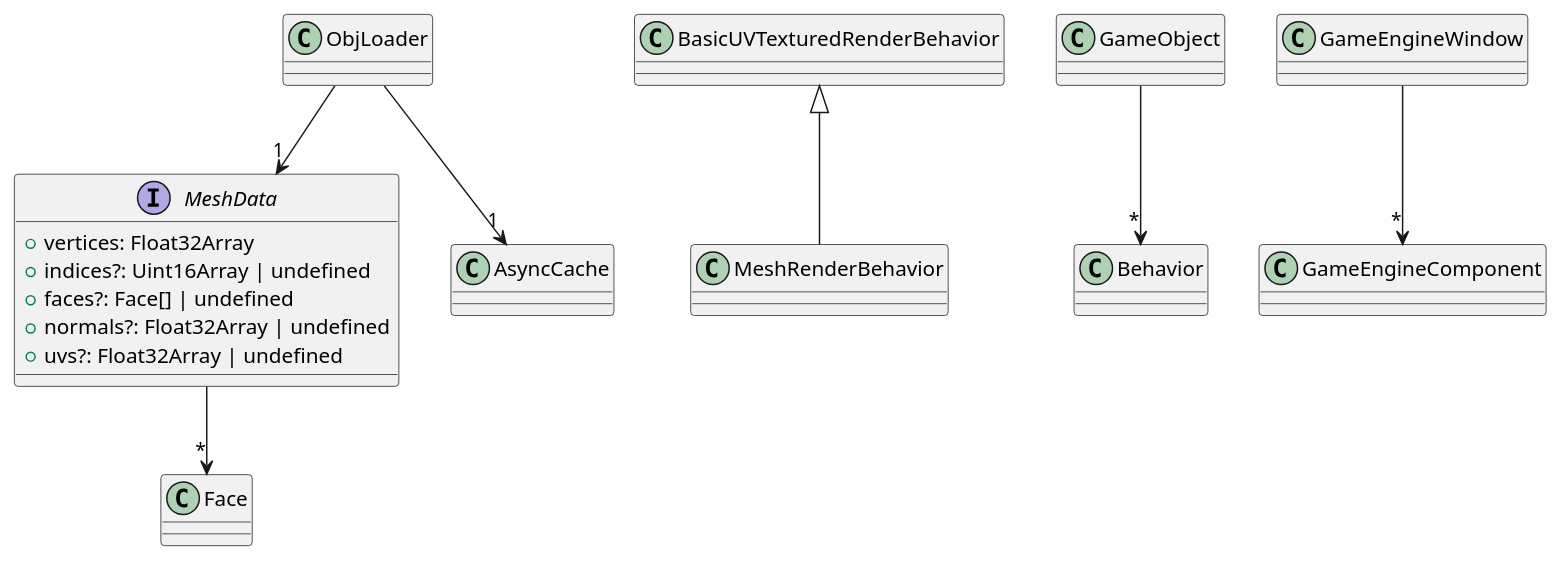
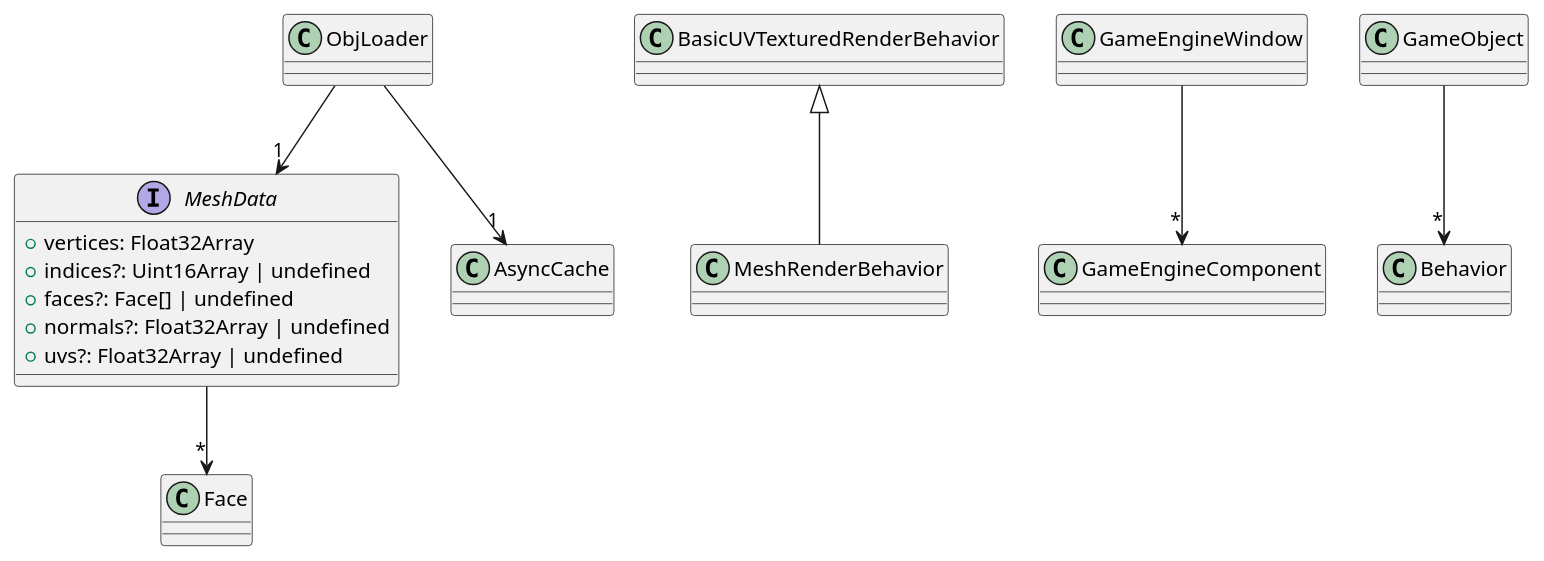
The diagram in doc/diagrams/Extensions_RenderEngine_MeshBased.puml (CPNV-ES/game-engine), drawn with PlantUML before and after one commit. The commit also changed other lines of this file and 5 other files, not shown here.

Commit message:
docs: generate all class diagrams for 0.4.0

```diff
--- a/doc/diagrams/Extensions_RenderEngine_MeshBased.puml
+++ b/doc/diagrams/Extensions_RenderEngine_MeshBased.puml
@@ -1,17 +1,17 @@
 @startuml
 interface MeshData {
     +vertices: Float32Array
     +indices?: Uint16Array | undefined
     +faces?: Face[] | undefined
     +normals?: Float32Array | undefined
     +uvs?: Float32Array | undefined
 }
 class MeshRenderBehavior extends BasicUVTexturedRenderBehavior
 class ObjLoader {
 }
 MeshData --> "*" Face
+GameEngineWindow --> "*" GameEngineComponent
 GameObject --> "*" Behavior
-GameEngineWindow --> "*" GameEngineComponent
 ObjLoader --> "1" AsyncCache
 ObjLoader --> "1" MeshData
 @enduml
```
